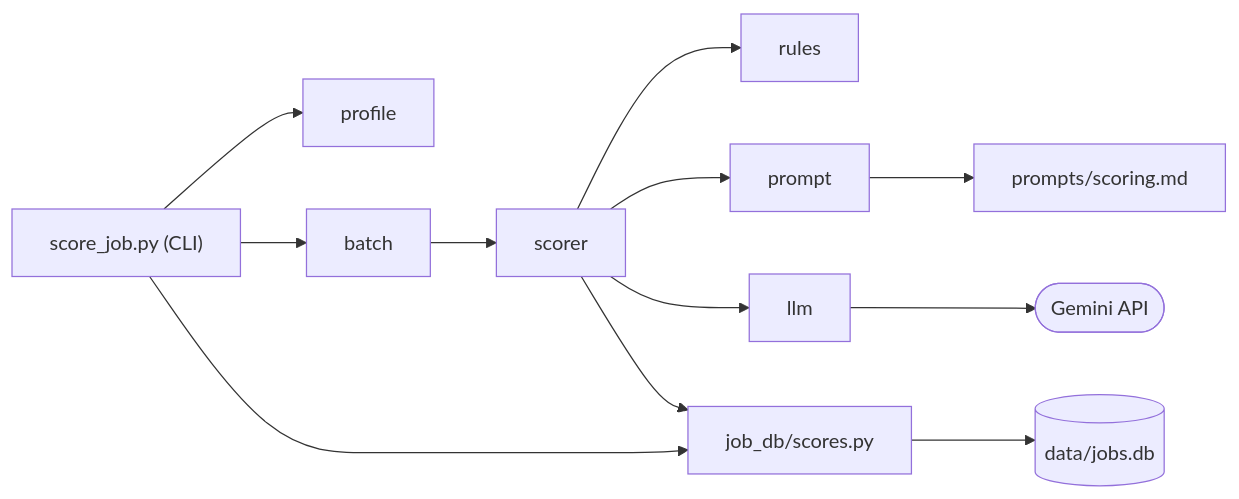
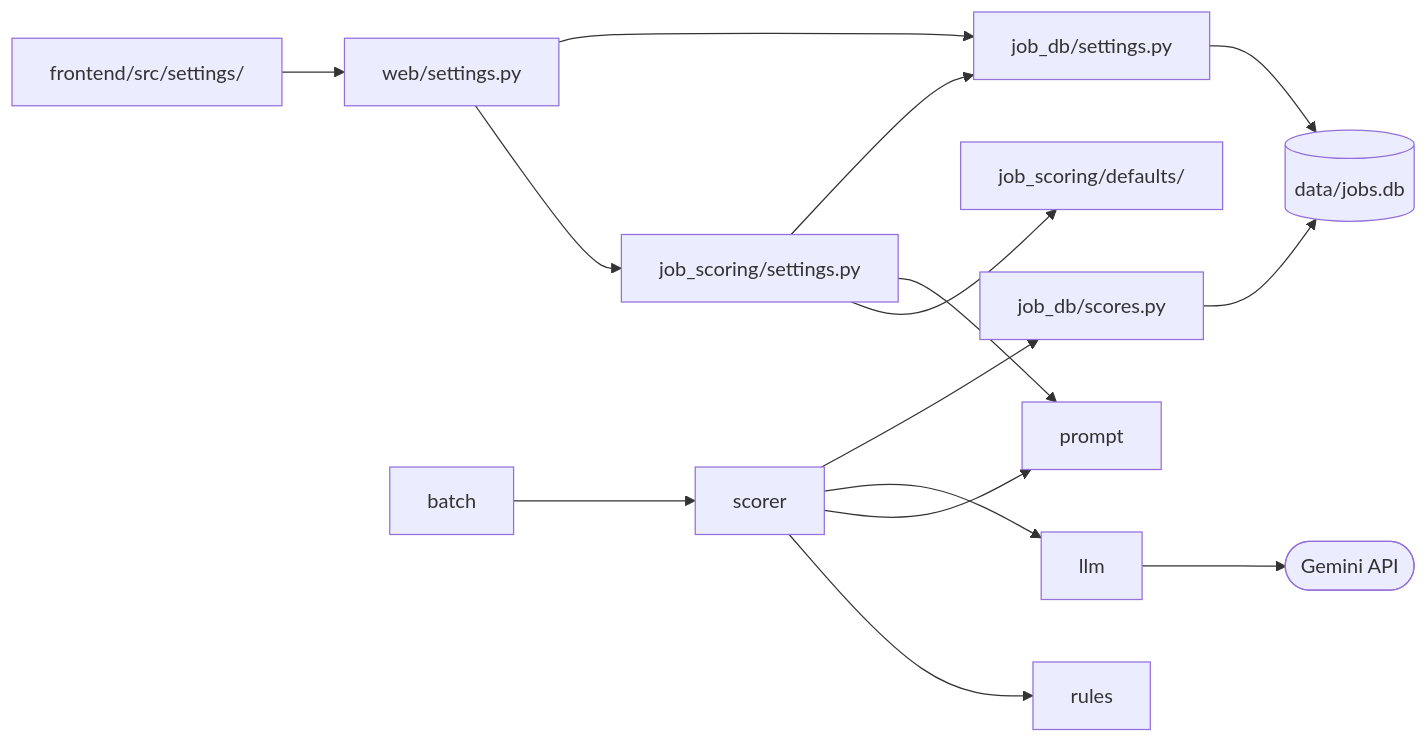
Before and after one commit to dlhdb/job-matching: the diagram in docs/tech/tech-design/job-auto-scoring.md, drawn with Mermaid. The commit also changed other lines of this file and 13 other files, not shown here.

````diff
--- a/docs/tech/tech-design/job-auto-scoring.md
+++ b/docs/tech/tech-design/job-auto-scoring.md
@@ -8,14 +11,17 @@
 ```mermaid
 flowchart LR
-    cli["score_job.py (CLI)"] --> profile
-    cli --> batch
-    cli --> scores
+    page["frontend/src/settings/"] --> api["web/settings.py"]
+    api --> settings["job_scoring/settings.py"]
+    api --> dbsettings["job_db/settings.py"]
+    settings --> defaults["job_scoring/defaults/"]
+    settings --> prompt
+    settings --> dbsettings
     batch --> scorer
     scorer --> rules
     scorer --> prompt
     scorer --> llm
     scorer --> scores["job_db/scores.py"]
-    prompt --> tpl["prompts/scoring.md"]
     llm --> gemini(["Gemini API"])
     scores --> db[("data/jobs.db")]
+    dbsettings --> db
 ```
````
